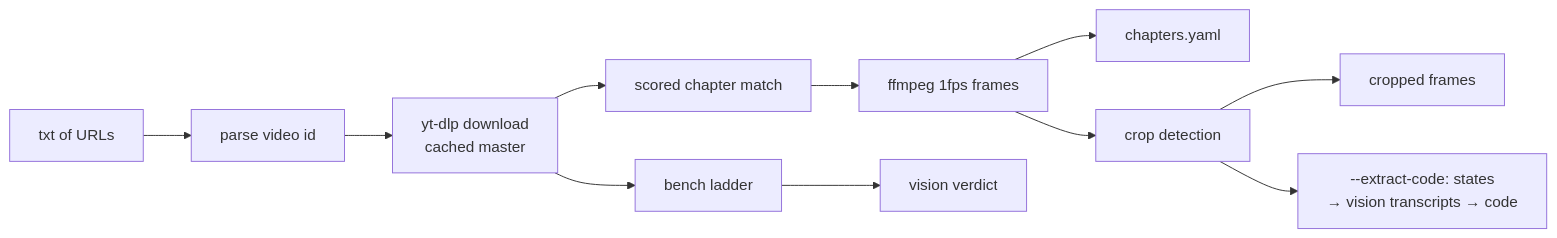
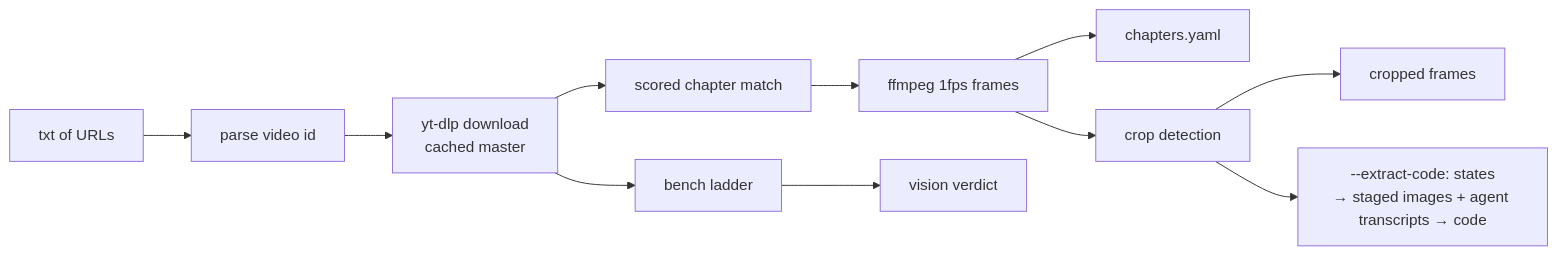
Before and after one commit to DeanT-04/yt-frame-disection-visionSKILL: the diagram in README.md, drawn with Mermaid. The commit also changed other lines of this file and 6 other files, not shown here.

Commit message:
Rework --extract-code: stage state images for agent transcription, line-anchored merge

````diff
--- a/README.md
+++ b/README.md
@@ -101,13 +106,13 @@
 ```mermaid
 flowchart LR
   A[txt of URLs] --> B[parse video id]
   B --> C[yt-dlp download<br/>cached master]
   C --> D[scored chapter match]
   D --> E[ffmpeg 1fps frames]
   E --> F[chapters.yaml]
   E --> G[crop detection]
   G --> H[cropped frames]
   C --> I[bench ladder]
   I --> J[vision verdict]
-  G --> K[--extract-code: states<br/>→ vision transcripts → code]
+  G --> K[--extract-code: states<br/>→ staged images + agent transcripts → code]
 ```
````
